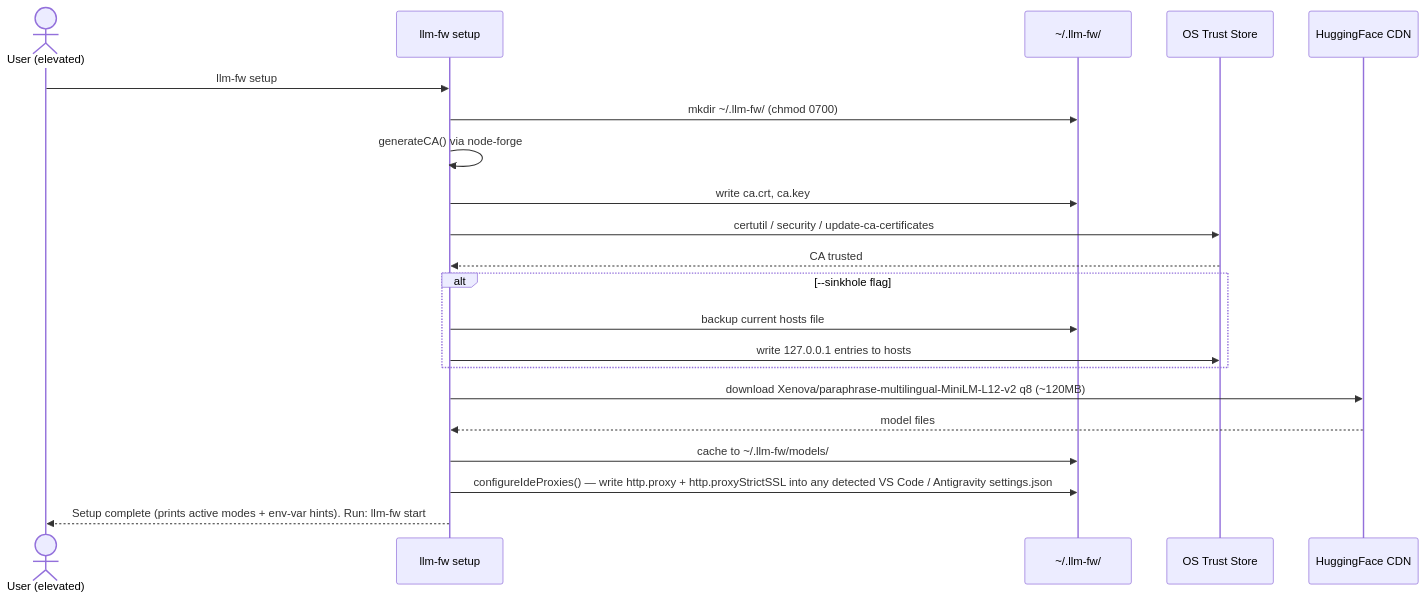
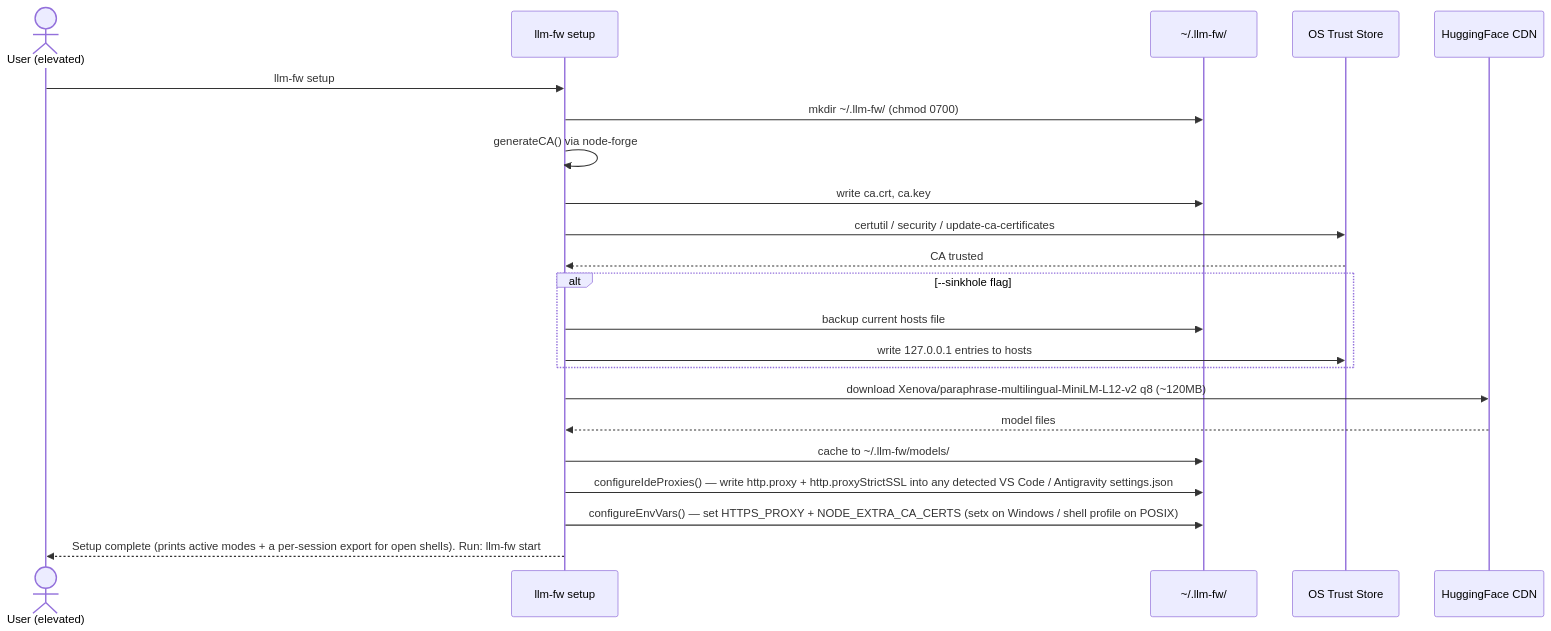
Before and after one commit to PIsberg/llm-fw: the eighth of 11 diagrams in docs/ARCHITECTURE.md, drawn with Mermaid. The commit also changed other lines of this file and 6 other files, not shown here.

First line of the commit message:
feat(setup): persist HTTPS_PROXY + NODE_EXTRA_CA_CERTS on install, reverse on uninstall

````diff
--- a/docs/ARCHITECTURE.md
+++ b/docs/ARCHITECTURE.md
@@ -323,27 +323,28 @@
 ```mermaid
 sequenceDiagram
     actor U as User (elevated)
     participant CLI as llm-fw setup
     participant FS as ~/.llm-fw/
     participant OS as OS Trust Store
     participant HF as HuggingFace CDN
 
     U->>CLI: llm-fw setup
     CLI->>FS: mkdir ~/.llm-fw/ (chmod 0700)
     CLI->>CLI: generateCA() via node-forge
     CLI->>FS: write ca.crt, ca.key
     CLI->>OS: certutil / security / update-ca-certificates
     OS-->>CLI: CA trusted
 
     alt --sinkhole flag
         CLI->>FS: backup current hosts file
         CLI->>OS: write 127.0.0.1 entries to hosts
     end
 
     CLI->>HF: download Xenova/paraphrase-multilingual-MiniLM-L12-v2 q8 (~120MB)
     HF-->>CLI: model files
     CLI->>FS: cache to ~/.llm-fw/models/
 
     CLI->>FS: configureIdeProxies() — write http.proxy + http.proxyStrictSSL into any detected VS Code / Antigravity settings.json
-    CLI-->>U: Setup complete (prints active modes + env-var hints). Run: llm-fw start
+    CLI->>FS: configureEnvVars() — set HTTPS_PROXY + NODE_EXTRA_CA_CERTS (setx on Windows / shell profile on POSIX)
+    CLI-->>U: Setup complete (prints active modes + a per-session export for open shells). Run: llm-fw start
 ```
````
